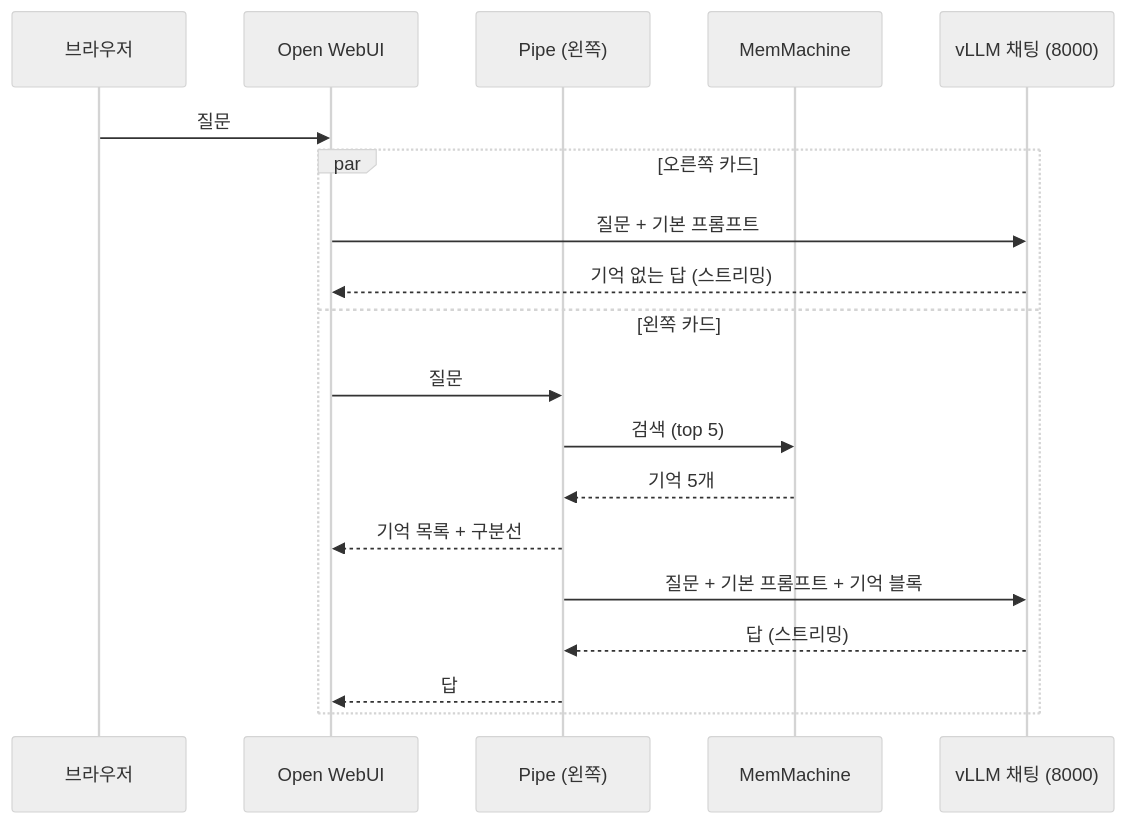
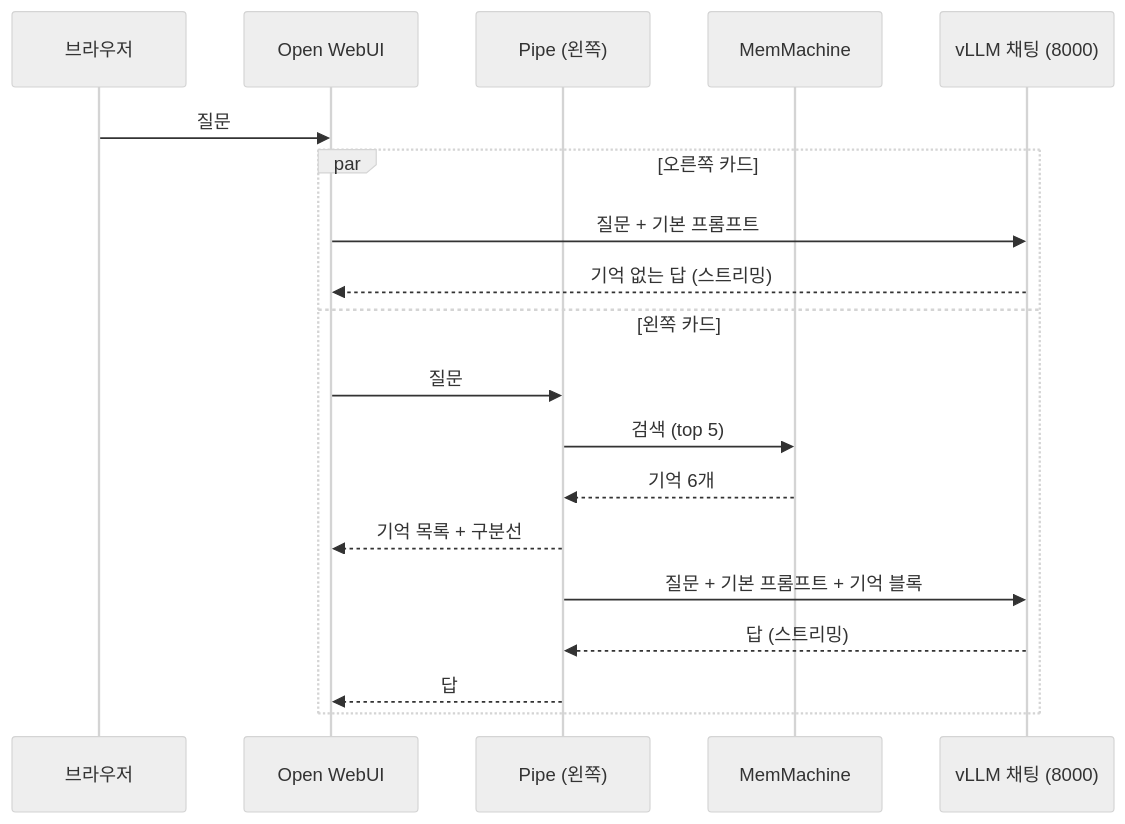
The first of 5 diagrams in docs/msr/ces2027_demo/architecture_2026-10-27.md (taejin-oh/MemMachine), drawn with Mermaid (neutral theme) before and after one commit. The commit also changed other lines of this file and 5 other files, not shown here.

````diff
--- a/docs/msr/ces2027_demo/architecture_2026-10-27.md
+++ b/docs/msr/ces2027_demo/architecture_2026-10-27.md
@@ -40,21 +40,21 @@
 ```mermaid
 sequenceDiagram
     participant B as 브라우저
     participant W as Open WebUI
     participant P as Pipe (왼쪽)
     participant M as MemMachine
     participant L as vLLM 채팅 (8000)
     B->>W: 질문
     par 오른쪽 카드
         W->>L: 질문 + 기본 프롬프트
         L-->>W: 기억 없는 답 (스트리밍)
     and 왼쪽 카드
         W->>P: 질문
         P->>M: 검색 (top 5)
-        M-->>P: 기억 5개
+        M-->>P: 기억 6개
         P-->>W: 기억 목록 + 구분선
         P->>L: 질문 + 기본 프롬프트 + 기억 블록
         L-->>P: 답 (스트리밍)
         P-->>W: 답
     end
 ```
````
